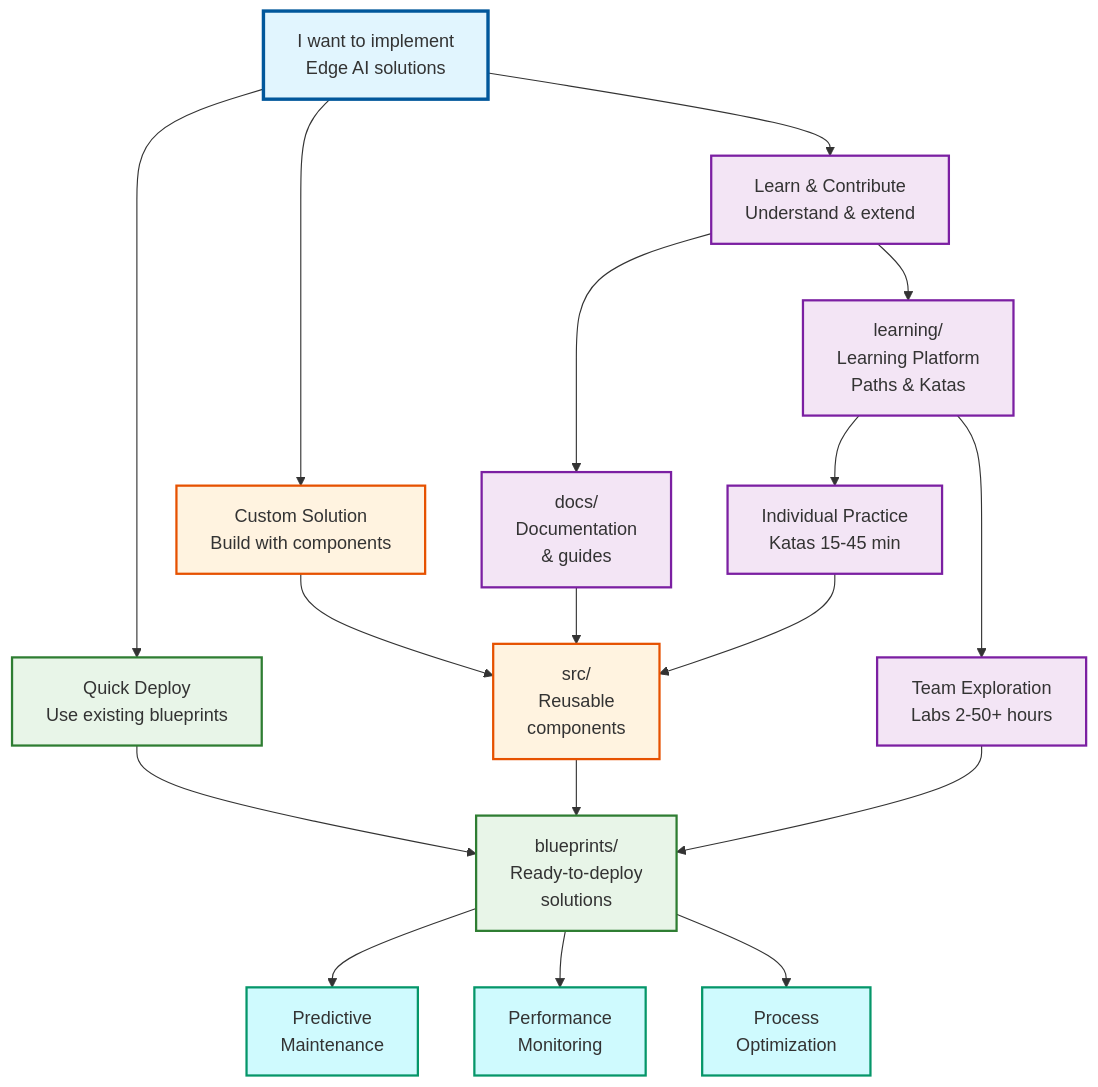
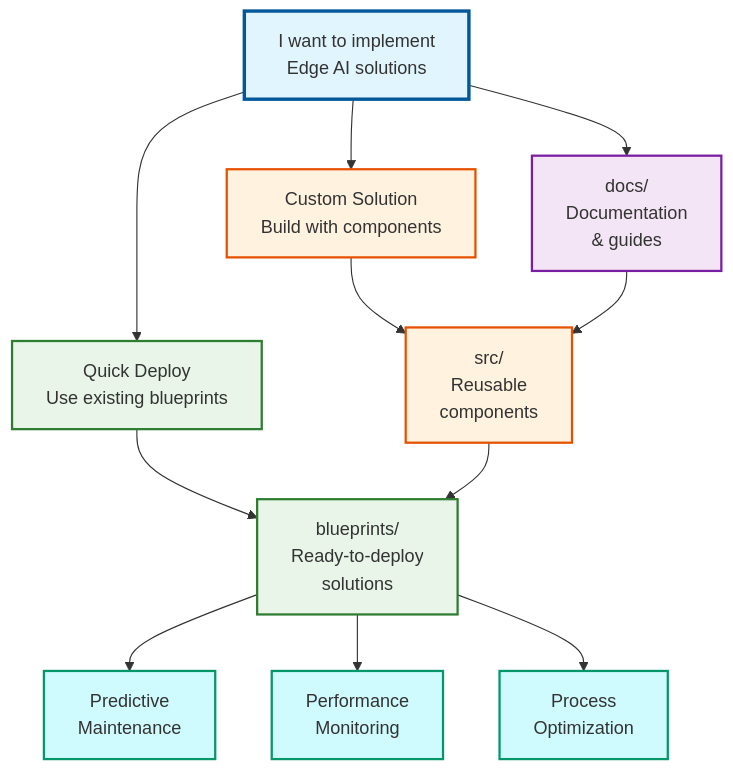
Before and after one commit to microsoft/edge-ai: the diagram in docs/README.md, drawn with Mermaid. The commit also changed other lines of this file and 621 other files, not shown here.

````diff
--- a/docs/README.md
+++ b/docs/README.md
@@ -84,62 +59,44 @@
 ```mermaid
 flowchart TD
     Start[I want to implement<br/>Edge AI solutions]
 
     %% User approach choices
     Quick[Quick Deploy<br/>Use existing blueprints]
     Custom[Custom Solution<br/>Build with components]
-    Learn[Learn & Contribute<br/>Understand & extend]
-
-  %% Learning paths
-    Learning[learning/<br/>Learning Platform<br/>Paths & Katas]
-    Katas[Individual Practice<br/>Katas 15-45 min]
-    Labs[Team Exploration<br/>Labs 2-50+ hours]
 
     %% Repository structure navigation
     Blueprints[blueprints/<br/>Ready-to-deploy<br/>solutions]
     Components[src/<br/>Reusable<br/>components]
     Docs[docs/<br/>Documentation<br/>& guides]
 
     %% Common implementation scenarios
     PM[Predictive<br/>Maintenance]
     OPM[Performance<br/>Monitoring]
     QO[Process<br/>Optimization]
 
     %% Primary user flow
     Start --> Quick
     Start --> Custom
-    Start --> Learn
+    Start --> Docs
 
     Quick --> Blueprints
     Custom --> Components
-    Learn --> Docs
-    Learn --> Learning
-    Learning --> Katas
-    Learning --> Labs
-
-    %% Learning progression paths
-    Katas --> Components
-    Labs --> Blueprints
     Docs --> Components
     Components --> Blueprints
 
     %% Application to business scenarios
     Blueprints --> PM
     Blueprints --> OPM
     Blueprints --> QO
 
     %% Comprehensive color scheme for repository workflow
     style Start fill:#e1f5fe,stroke:#01579b,stroke-width:3px
     style Quick fill:#e8f5e8,stroke:#2e7d32,stroke-width:2px
     style Custom fill:#fff3e0,stroke:#e65100,stroke-width:2px
-    style Learn fill:#f3e5f5,stroke:#7b1fa2,stroke-width:2px
-    style Learning fill:#f3e5f5,stroke:#7b1fa2,stroke-width:2px
-    style Katas fill:#f3e5f5,stroke:#7b1fa2,stroke-width:2px
-    style Labs fill:#f3e5f5,stroke:#7b1fa2,stroke-width:2px
     style Blueprints fill:#e8f5e8,stroke:#2e7d32,stroke-width:2px
     style Components fill:#fff3e0,stroke:#e65100,stroke-width:2px
     style Docs fill:#f3e5f5,stroke:#7b1fa2,stroke-width:2px
     style PM fill:#cffafe,stroke:#059669,stroke-width:2px
     style OPM fill:#cffafe,stroke:#059669,stroke-width:2px
     style QO fill:#cffafe,stroke:#059669,stroke-width:2px
 ```
````
